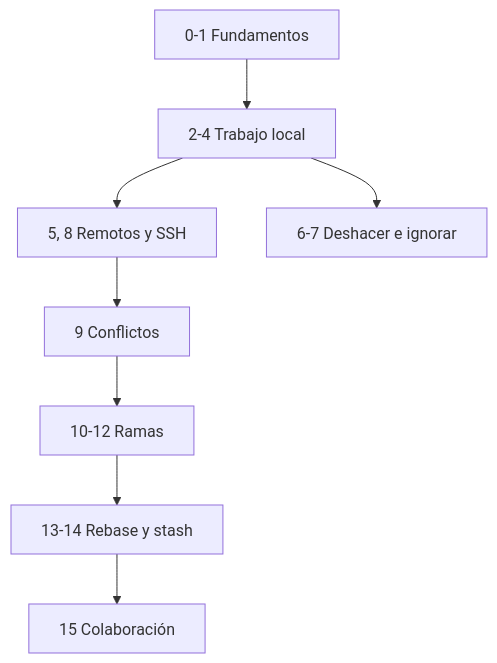
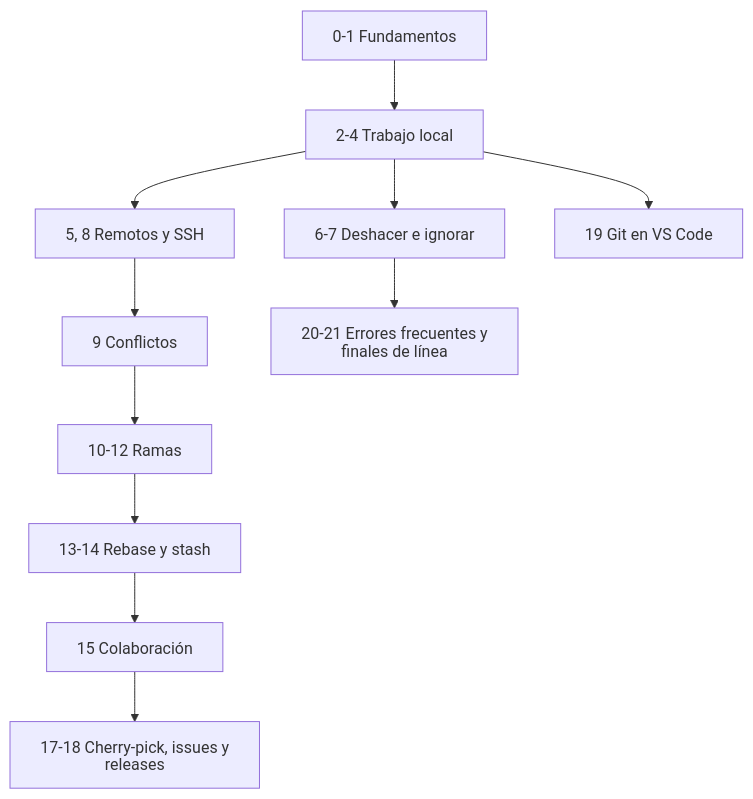
The diagram in assets/diagramas/src/readme-01.mmd (martin2745/curso-git-github), drawn with Mermaid before and after one commit. The commit also changed 30 other files, not shown here.

First line of the commit message:
Añade temas 17-21: cherry-pick, GitHub, VS Code, errores y finales de línea

```diff
--- a/assets/diagramas/src/readme-01.mmd
+++ b/assets/diagramas/src/readme-01.mmd
@@ -1,9 +1,12 @@
 %%{init: {'htmlLabels': false, 'flowchart': {'htmlLabels': false}}}%%
 graph TB
     A["0-1 Fundamentos"] --> B["2-4 Trabajo local"]
     B --> C["5, 8 Remotos y SSH"]
     B --> D["6-7 Deshacer e ignorar"]
+    B --> V["19 Git en VS Code"]
     C --> E["9 Conflictos"]
     E --> F["10-12 Ramas"]
     F --> G["13-14 Rebase y stash"]
     G --> H["15 Colaboración"]
+    H --> K["17-18 Cherry-pick, issues y releases"]
+    D --> L["20-21 Errores frecuentes y finales de línea"]
```
